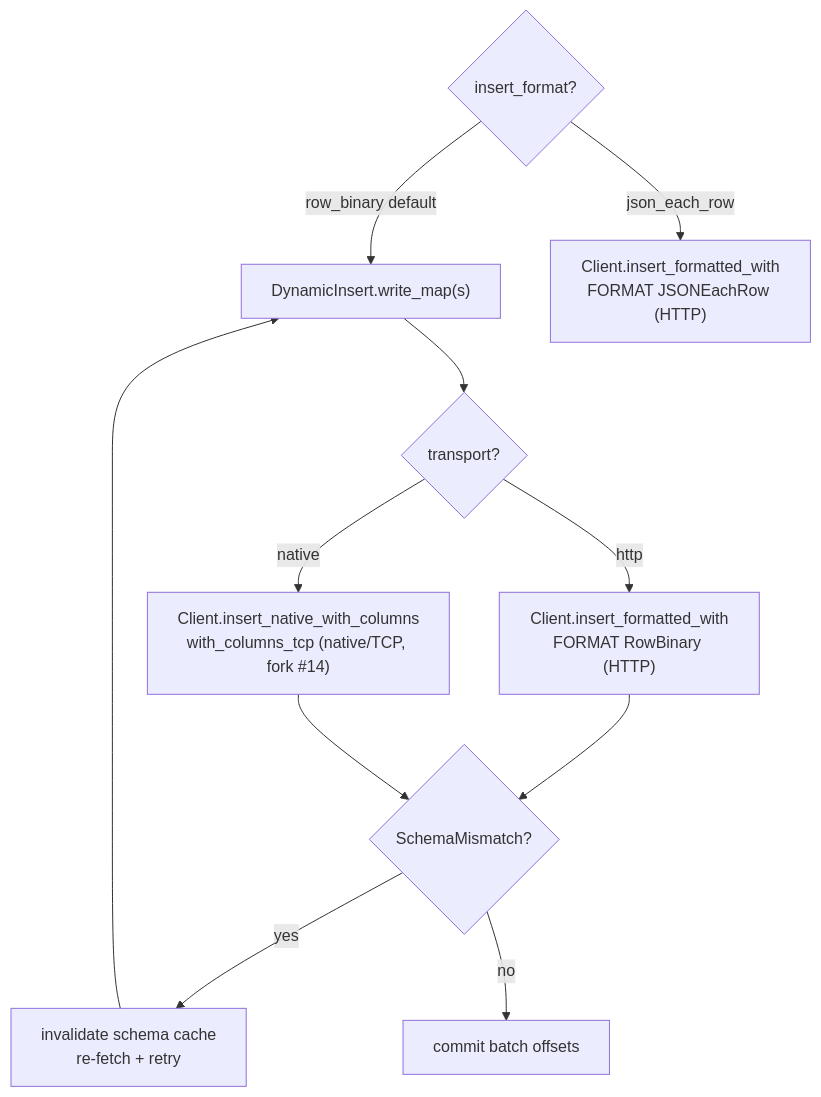
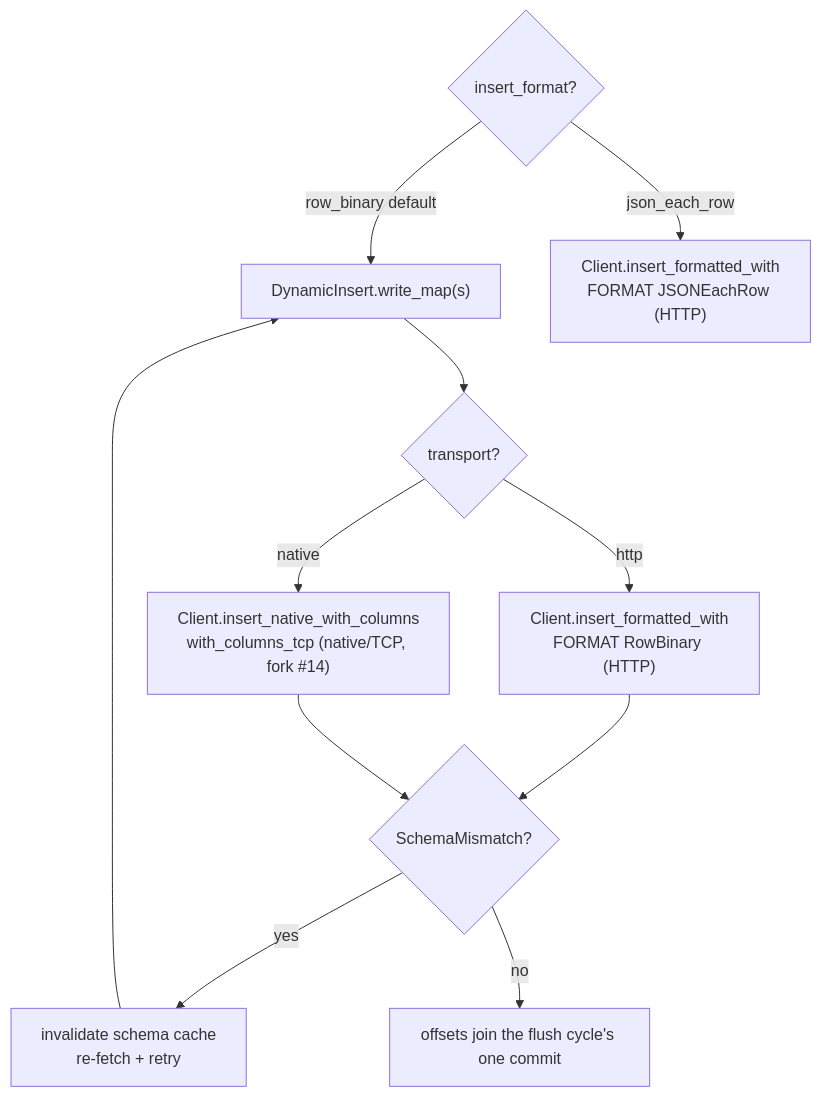
One commit to hyperi-io/dfe-loader changed the third of 3 diagrams in docs/ARCHITECTURE.md. Above: the diagram before and after it, drawn with Mermaid. The commit also changed other lines of this file and 5 other files, not shown here.

````diff
--- a/docs/ARCHITECTURE.md
+++ b/docs/ARCHITECTURE.md
@@ -99,20 +99,20 @@
 ```mermaid
 flowchart TB
     F{"insert_format?"}
     T{"transport?"}
     RB["DynamicInsert.write_map(s)"]
     HTTP["Client.insert_formatted_with<br/>FORMAT RowBinary (HTTP)"]
     TCP["Client.insert_native_with_columns<br/>with_columns_tcp (native/TCP, fork #14)"]
     JE["Client.insert_formatted_with<br/>FORMAT JSONEachRow (HTTP)"]
     SM{"SchemaMismatch?"}
     REC["invalidate schema cache<br/>re-fetch + retry"]
 
     F -->|row_binary default| RB
     RB --> T
     T -->|native| TCP
     T -->|http| HTTP
     F -->|json_each_row| JE
     HTTP & TCP --> SM
     SM -->|yes| REC --> RB
-    SM -->|no| OK["commit batch offsets"]
+    SM -->|no| OK["offsets join the flush cycle's one commit"]
 ```
````
